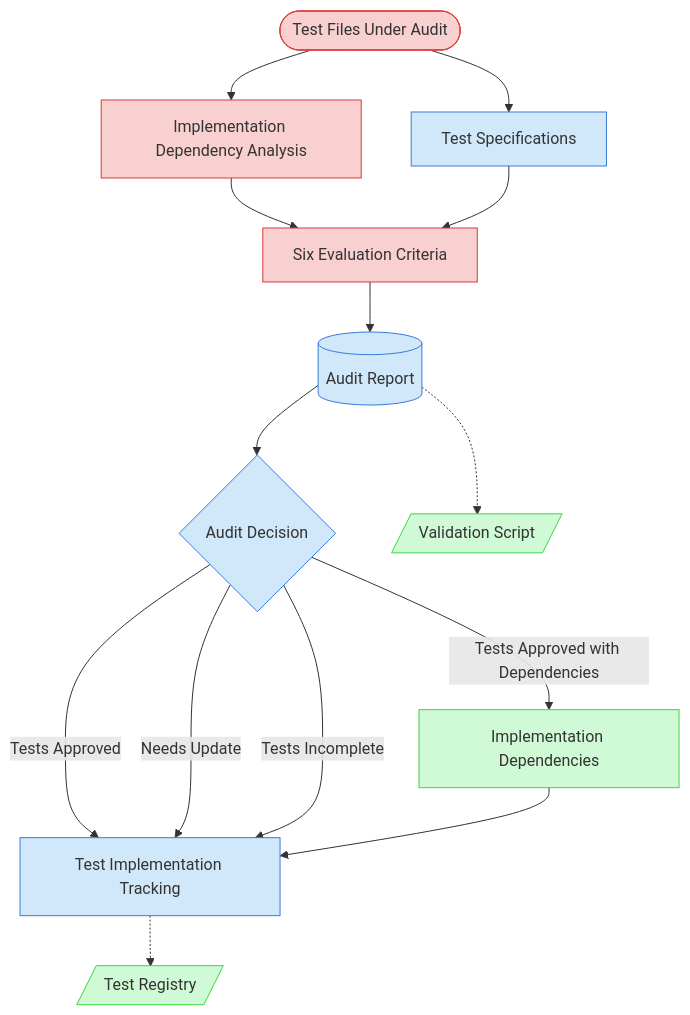
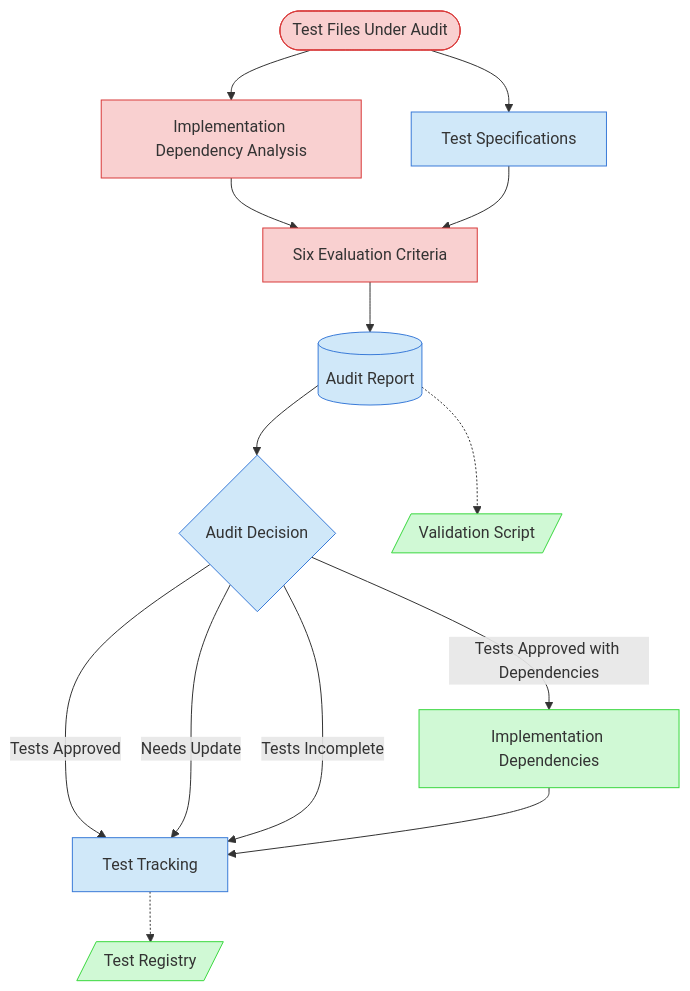
Before and after one commit to Abtomation/LinkWatcher: the diagram in doc/process-framework/visualization/context-maps/03-testing/test-audit-map.md, drawn with Mermaid. The commit also changed other lines of this file and 513 other files, not shown here.

````diff
--- a/doc/process-framework/visualization/context-maps/03-testing/test-audit-map.md
+++ b/doc/process-framework/visualization/context-maps/03-testing/test-audit-map.md
@@ -20,24 +20,24 @@
 ```mermaid
 graph TD
     classDef critical fill:#f9d0d0,stroke:#d83a3a
     classDef important fill:#d0e8f9,stroke:#3a7bd8
     classDef reference fill:#d0f9d5,stroke:#3ad83f
 
     TestFiles([Test Files Under Audit]) --> DepAnalysis[Implementation Dependency Analysis]
     TestFiles --> TestSpecs[Test Specifications]
     DepAnalysis --> AuditCriteria[Six Evaluation Criteria]
     TestSpecs --> AuditCriteria
     AuditCriteria --> AuditReport[(Audit Report)]
     AuditReport --> AuditDecision{Audit Decision}
-    AuditDecision --> |Tests Approved| TrackingUpdate[Test Implementation Tracking]
+    AuditDecision --> |Tests Approved| TrackingUpdate[Test Tracking]
     AuditDecision --> |Tests Approved with Dependencies| DepTracking[Implementation Dependencies]
     AuditDecision --> |Needs Update| TrackingUpdate
     AuditDecision --> |Tests Incomplete| TrackingUpdate
     DepTracking --> TrackingUpdate
     TrackingUpdate -.-> TestRegistry[/Test Registry/]
     AuditReport -.-> ValidationScript[/Validation Script/]
 
     class TestFiles,DepAnalysis,AuditCriteria critical
     class TestSpecs,AuditReport,AuditDecision,TrackingUpdate important
     class DepTracking,TestRegistry,ValidationScript reference
 ```
````
